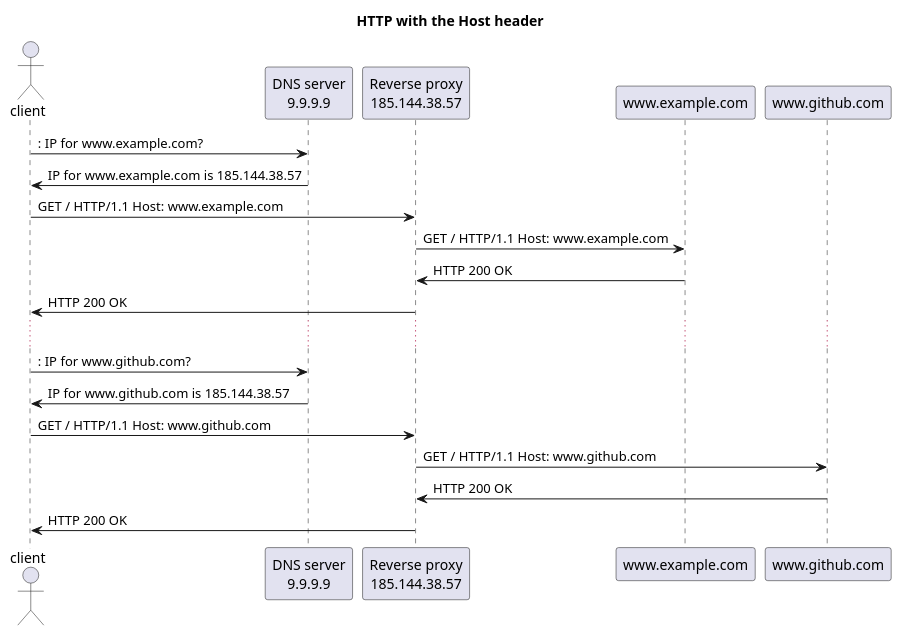
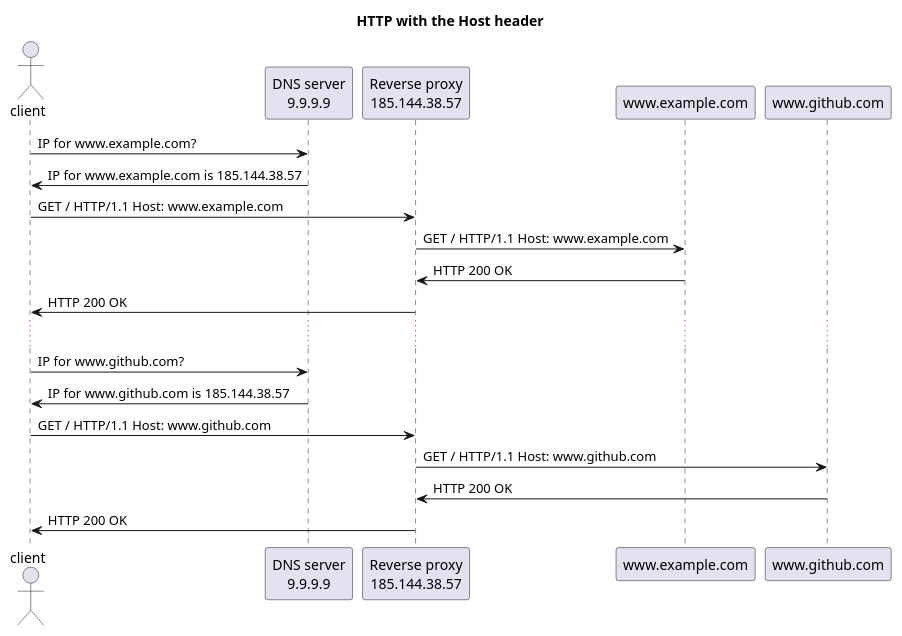
One commit to heig-vd-dai-course/heig-vd-dai-course changed the diagram in 22-web-infrastructures/images/http-with-the-host-header.plantuml. Above: the diagram before and after it, drawn with PlantUML. The commit also changed 38 other files, not shown here.

```diff
--- a/22-web-infrastructures/images/http-with-the-host-header.plantuml
+++ b/22-web-infrastructures/images/http-with-the-host-header.plantuml
@@ -1,26 +1,26 @@
 @startuml
 
 title "HTTP with the Host header"
 
 actor client
 participant "DNS server\n9.9.9.9" as dns
 participant "Reverse proxy\n185.144.38.57" as reverse_proxy
 participant "www.example.com" as web_server_1
 participant "www.github.com" as web_server_2
 
-client -> dns: : IP for www.example.com?
+client -> dns: IP for www.example.com?
 dns -> client: IP for www.example.com is 185.144.38.57
 client -> reverse_proxy: GET / HTTP/1.1 Host: www.example.com
 reverse_proxy -> web_server_1: GET / HTTP/1.1 Host: www.example.com
 web_server_1 -> reverse_proxy: HTTP 200 OK
 reverse_proxy -> client: HTTP 200 OK
 
 ...
 
-client -> dns: : IP for www.github.com?
+client -> dns: IP for www.github.com?
 dns -> client: IP for www.github.com is 185.144.38.57
 client -> reverse_proxy: GET / HTTP/1.1 Host: www.github.com
 reverse_proxy -> web_server_2: GET / HTTP/1.1 Host: www.github.com
 web_server_2 -> reverse_proxy: HTTP 200 OK
 reverse_proxy -> client: HTTP 200 OK
 @enduml
```
